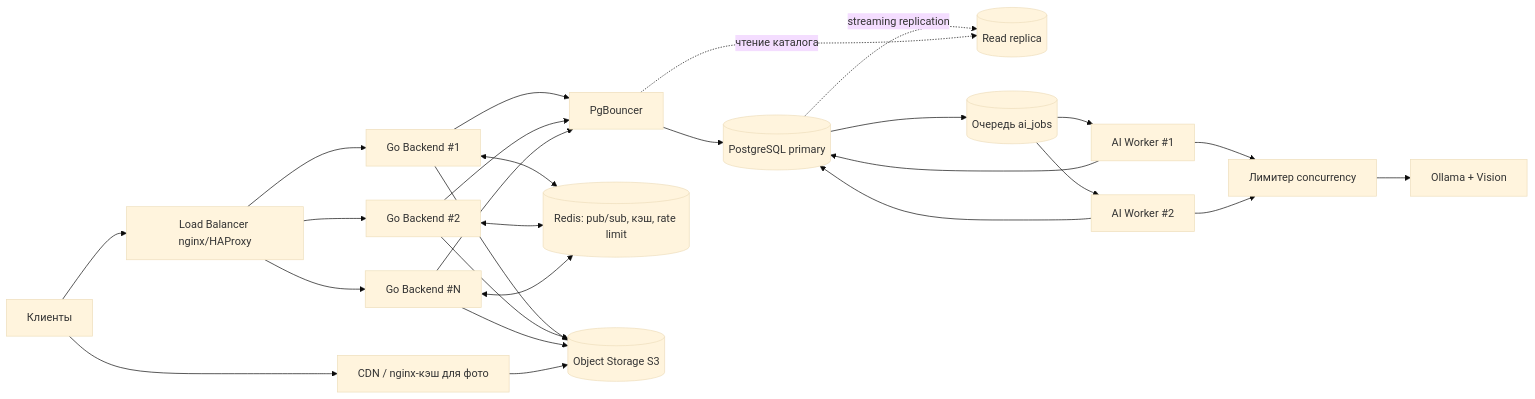
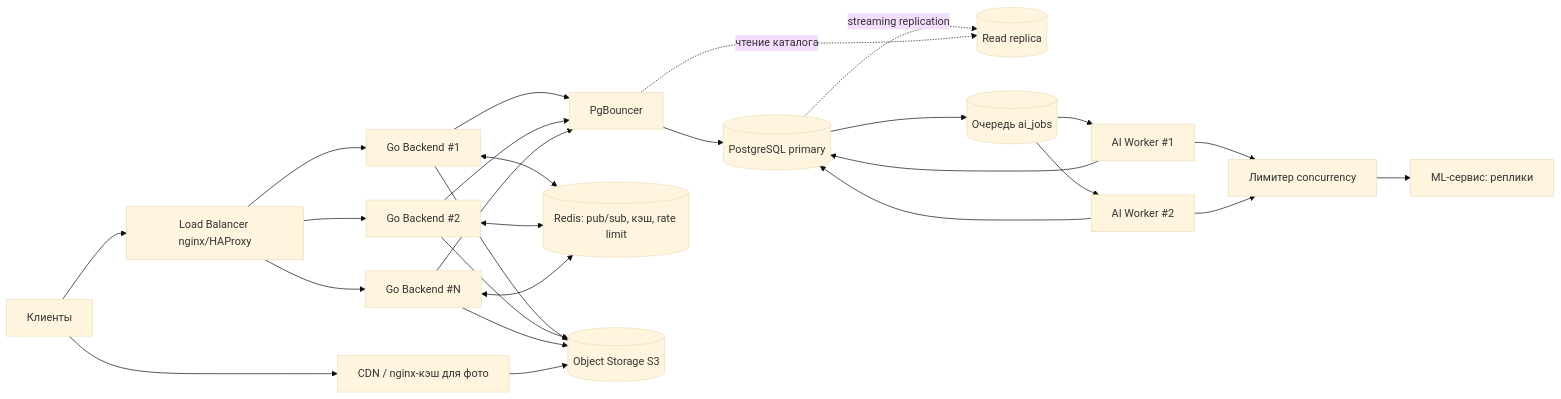
The fourth of 4 diagrams in README.md (kuri1o4ka/marketplace), drawn with Mermaid (base theme) before and after one commit. The commit also changed other lines of this file, not shown here.

````diff
--- a/README.md
+++ b/README.md
@@ -929,21 +936,21 @@
 ```mermaid
 flowchart LR
   U[Клиенты] --> CDN[CDN / nginx-кэш для фото]
   U --> LB[Load Balancer nginx/HAProxy]
   LB --> B1[Go Backend #1]
   LB --> B2[Go Backend #2]
   LB --> B3[Go Backend #N]
   B1 & B2 & B3 --> PGB[PgBouncer]
   PGB --> PGP[(PostgreSQL primary)]
   PGP -. streaming replication .-> PGR[(Read replica)]
   PGB -. чтение каталога .-> PGR
   B1 & B2 & B3 <--> R[(Redis: pub/sub, кэш, rate limit)]
   B1 & B2 & B3 --> S3[(Object Storage S3)]
   CDN --> S3
   PGP --> Q[(Очередь ai_jobs)]
   Q --> W1[AI Worker #1]
   Q --> W2[AI Worker #2]
   W1 & W2 --> SEM[Лимитер concurrency]
-  SEM --> OL[Ollama + Vision]
+  SEM --> ML[ML-сервис: реплики]
   W1 & W2 --> PGP
 ```
````
